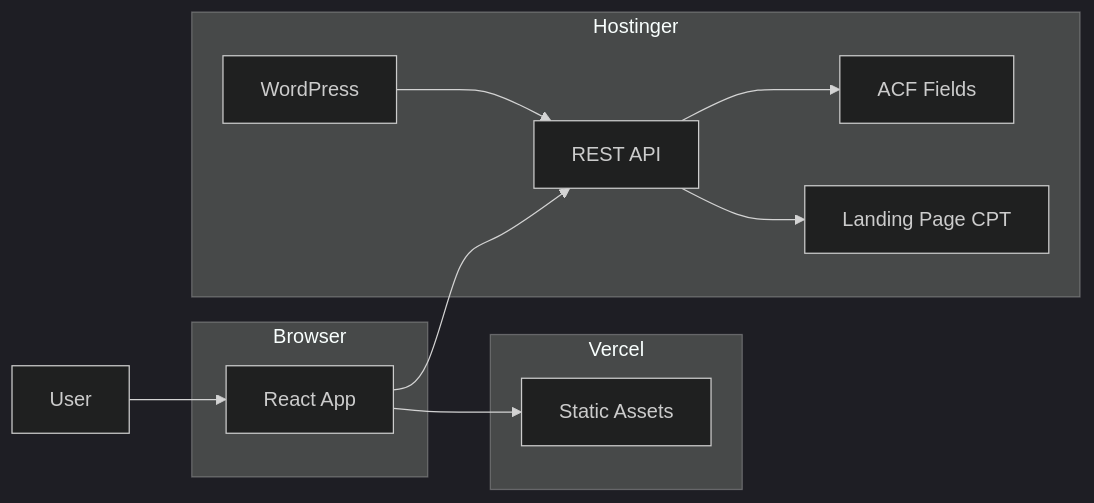
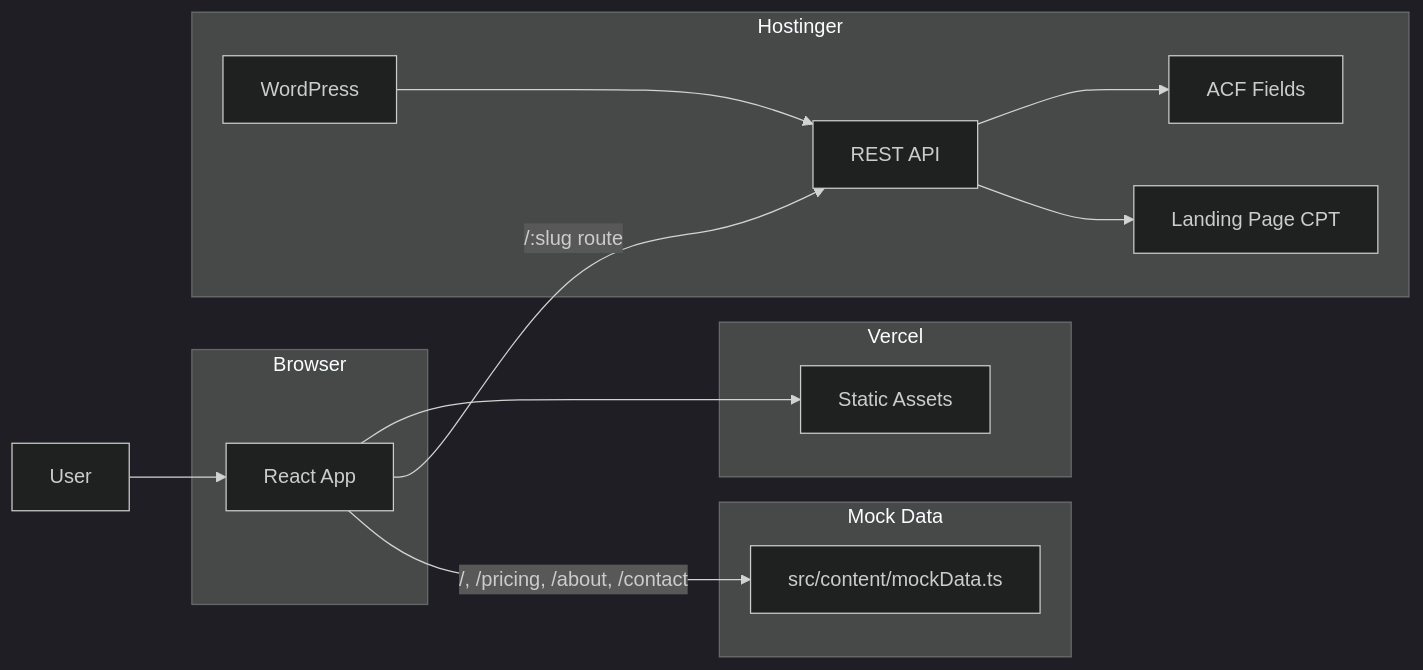
One commit to harsh20/ccsprowebsite changed the first of 5 diagrams in architecture.md. Above: the diagram before and after it, drawn with Mermaid (dark theme). The commit also changed other lines of this file and 36 other files, not shown here.

````diff
--- a/architecture.md
+++ b/architecture.md
@@ -7,21 +9,25 @@
 ```mermaid
 flowchart LR
     subgraph client [Browser]
         App[React App]
     end
     subgraph frontend_host [Vercel]
         Static[Static Assets]
     end
     subgraph cms_host [Hostinger]
         WP[WordPress]
         REST[REST API]
         ACF[ACF Fields]
         CPT[Landing Page CPT]
     end
+    subgraph mock [Mock Data]
+        MockTS["src/content/mockData.ts"]
+    end
     User[User] --> App
     App --> Static
-    App --> REST
+    App -->|"/:slug route"| REST
+    App -->|"/, /pricing, /about, /contact"| MockTS
     WP --> REST
     REST --> ACF
     REST --> CPT
 ```
````
